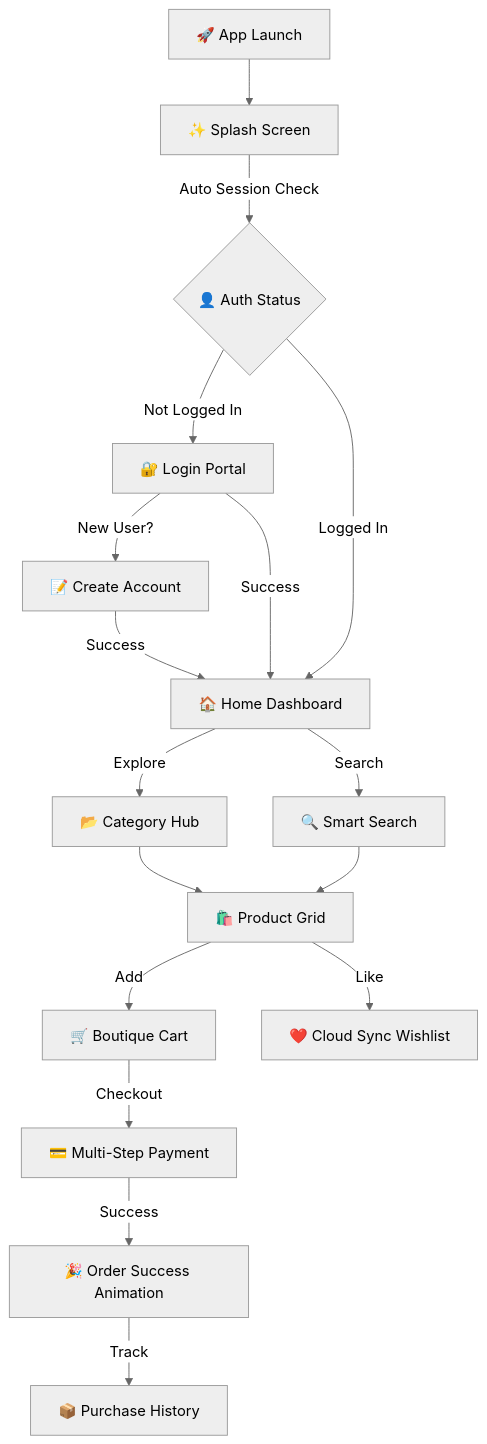
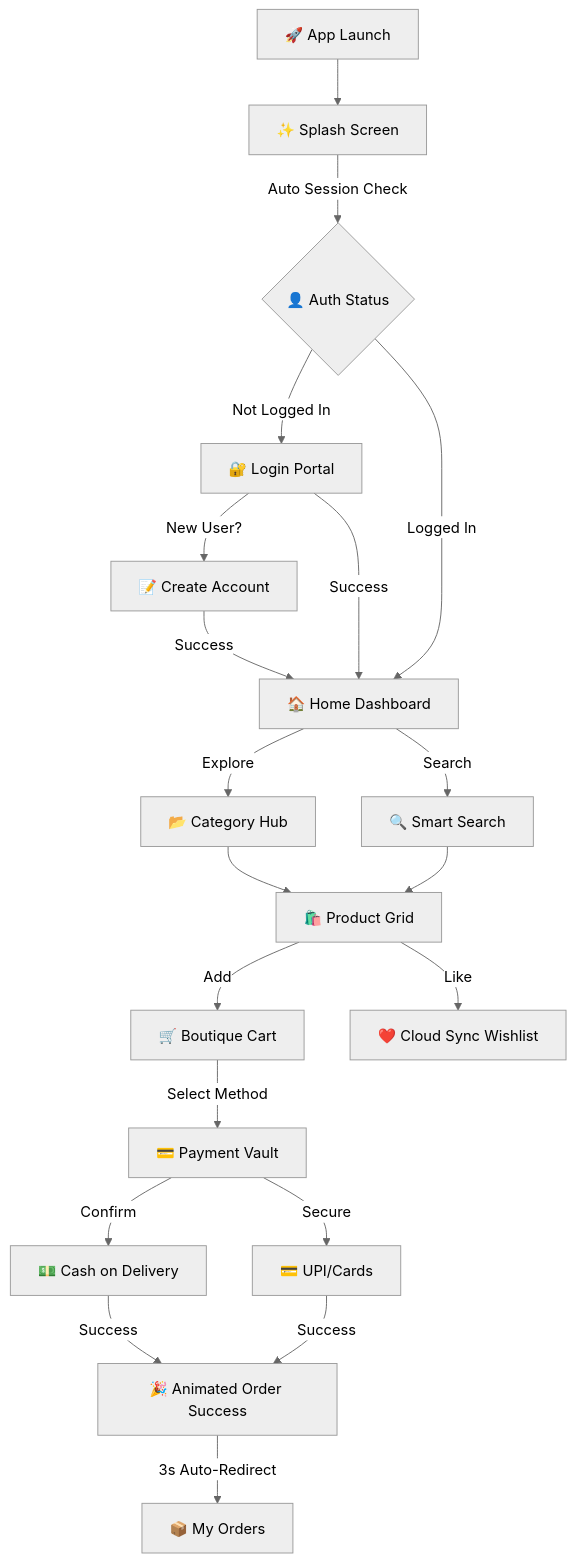
The diagram in README.md (anshu-ac-dv/aura_mart), drawn with Mermaid (neutral theme) before and after one commit. The commit also changed other lines of this file, not shown here.

````diff
--- a/README.md
+++ b/README.md
@@ -21,25 +20,28 @@
 ```mermaid
 graph TD
     Start[🚀 App Launch] --> Splash[✨ Splash Screen]
     Splash -->|Auto Session Check| Auth{👤 Auth Status}
     
     Auth -->|Not Logged In| Login[🔐 Login Portal]
     Login -->|New User?| Register[📝 Create Account]
     Register -->|Success| Home[🏠 Home Dashboard]
     Login -->|Success| Home
     
     Auth -->|Logged In| Home
     
     Home -->|Explore| Categories[📂 Category Hub]
     Home -->|Search| Search[🔍 Smart Search]
     
     Categories --> Products[🛍️ Product Grid]
     Search --> Products
     
     Products -->|Add| Cart[🛒 Boutique Cart]
     Products -->|Like| Wishlist[❤️ Cloud Sync Wishlist]
     
-    Cart -->|Checkout| Pay[💳 Multi-Step Payment]
-    Pay -->|Success| Success[🎉 Order Success Animation]
-    Success -->|Track| Orders[📦 Purchase History]
+    Cart -->|Select Method| Pay[💳 Payment Vault]
+    Pay -->|Confirm| COD[💵 Cash on Delivery]
+    Pay -->|Secure| Online[💳 UPI/Cards]
+    
+    COD & Online -->|Success| Success[🎉 Animated Order Success]
+    Success -->|3s Auto-Redirect| Orders[📦 My Orders]
 ```
````
